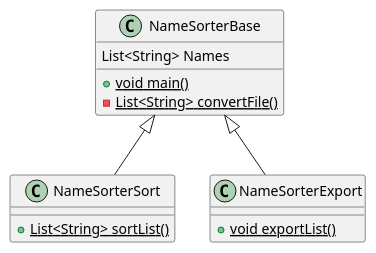
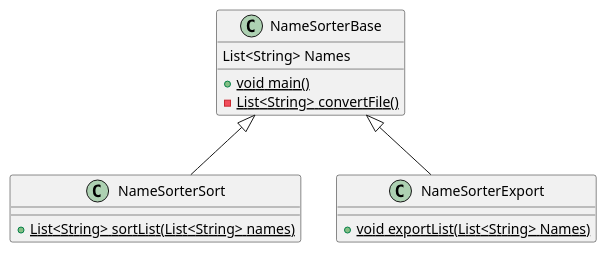
Before and after one commit to SmokeIce593/parrish-cop3330-assignment3: the diagram in docs/ex41.puml, drawn with PlantUML. The commit also changed 10 other files, not shown here.

```diff
--- a/docs/ex41.puml
+++ b/docs/ex41.puml
@@ -1,23 +1,23 @@
 @startuml
 'https://plantuml.com/class-diagram
 
 
 
 class NameSorterSort{
-    + {static} List<String> sortList()
+    + {static} List<String> sortList(List<String> names)
 }
 
 class NameSorterBase{
      List<String> Names
    + {static} void main()
     - {static} List<String> convertFile()
 }
 
 class NameSorterExport{
-    + {static} void exportList()
+    + {static} void exportList(List<String> Names)
 }
 
 NameSorterBase <|-- NameSorterSort
 NameSorterBase <|-- NameSorterExport
 
 @enduml
```
